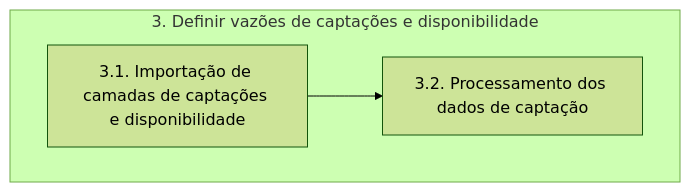
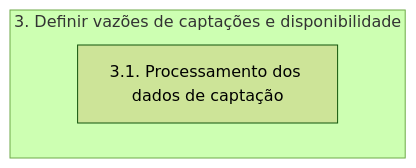
The diagram in pyqgis/3/READ ME.md (brunoguterres/ParaibaHidroGIS), drawn with Mermaid (forest theme) before and after one commit. The commit also changed other lines of this file and 3 other files, not shown here.

````diff
--- a/pyqgis/3/READ ME.md
+++ b/pyqgis/3/READ ME.md
@@ -9,7 +11,6 @@
 ```mermaid
     flowchart TD
     subgraph A[3. Definir vazões de captações e disponibilidade]
-        B[3.1. Importação de camadas de captações e disponibilidade]
-        B --> C[3.2. Processamento dos dados de captação]
+        B[3.1. Processamento dos dados de captação]
     end
 ```
````
